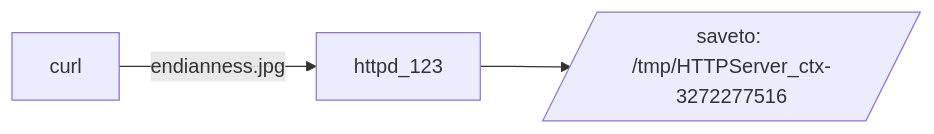
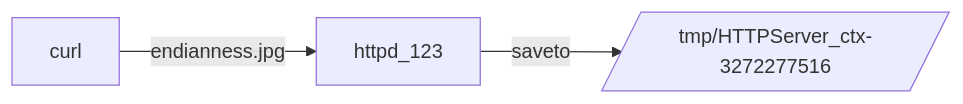
The second of 2 diagrams in README.md (lankahsu520/pythonX9), drawn with Mermaid before and after one commit.

````diff
--- a/README.md
+++ b/README.md
@@ -68,7 +68,7 @@
 ```mermaid
 flowchart LR
 	httpd_123[httpd_123]
 	curl[curl]
-	saveto[/saveto: /tmp/HTTPServer_ctx-3272277516 /]
-	curl -->|endianness.jpg|httpd_123-->saveto
+	saveto[/tmp/HTTPServer_ctx-3272277516 /]
+	curl -->|endianness.jpg|httpd_123-->|saveto|saveto
 ```
````
